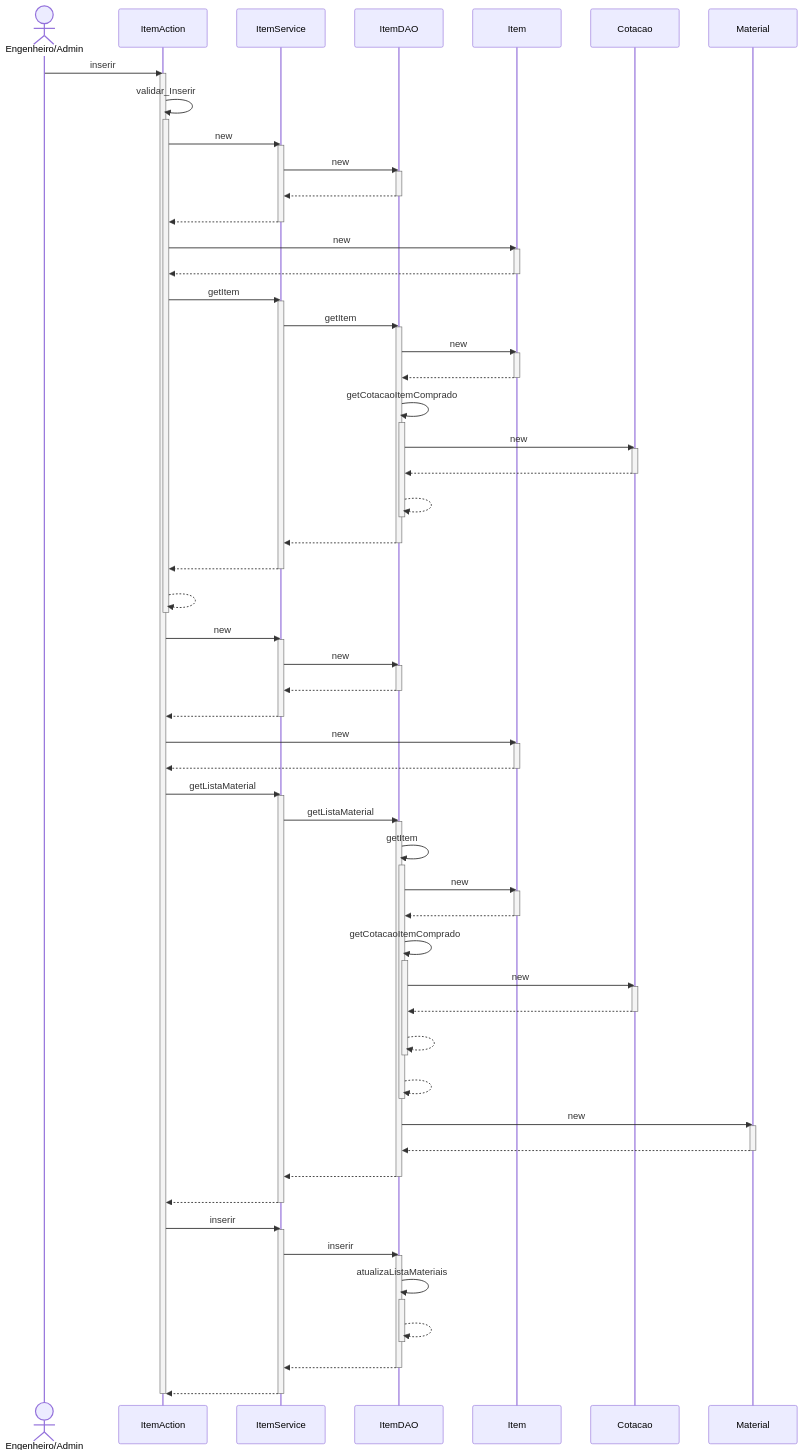
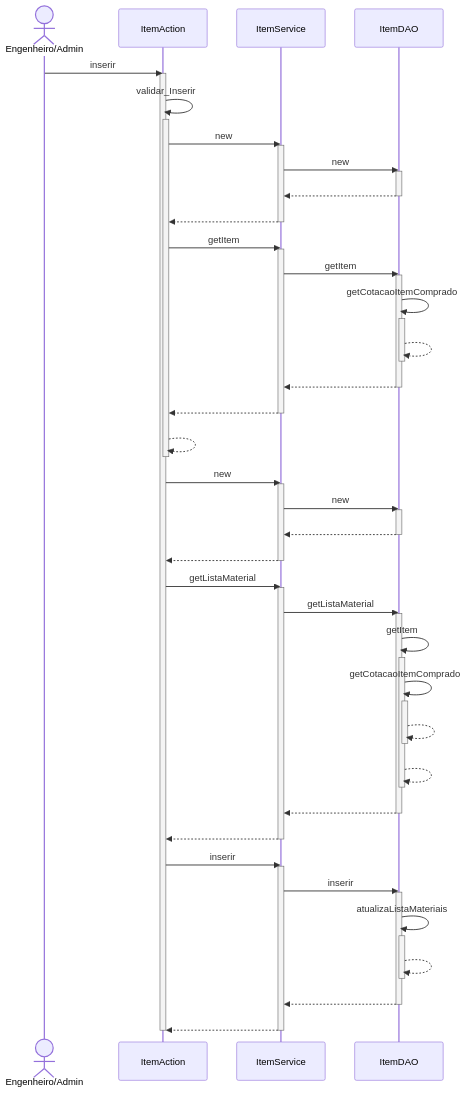
The diagram in DiagramaSequencia/Novo Diagrama Sequencia/Item/Novo Item.mmd (branqsMRP/SequenceDiagram), drawn with Mermaid before and after one commit. The commit also changed 6 other files, not shown here.

```diff
--- a/DiagramaSequencia/Novo Diagrama Sequencia/Item/Novo Item.mmd
+++ b/DiagramaSequencia/Novo Diagrama Sequencia/Item/Novo Item.mmd
@@ -1,93 +1,65 @@
 sequenceDiagram
 actor EA as Engenheiro/Admin
 EA ->> ItemAction : inserir
 activate ItemAction
 ItemAction ->> ItemAction : validar_Inserir
 activate ItemAction
 ItemAction ->> ItemService : new
 activate ItemService
 ItemService ->> ItemDAO : new
 activate ItemDAO
 ItemDAO -->> ItemService : #32; 
 deactivate ItemDAO
 ItemService -->> ItemAction : #32; 
 deactivate ItemService
-ItemAction ->> Item : new
-activate Item
-Item -->> ItemAction : #32; 
-deactivate Item
 ItemAction ->> ItemService : getItem
 activate ItemService
 ItemService ->> ItemDAO : getItem
 activate ItemDAO
-ItemDAO ->> Item : new
-activate Item
-Item -->> ItemDAO : #32; 
-deactivate Item
 ItemDAO ->> ItemDAO : getCotacaoItemComprado
 activate ItemDAO
-ItemDAO ->> Cotacao : new
-activate Cotacao
-Cotacao -->> ItemDAO : #32; 
-deactivate Cotacao
 ItemDAO -->> ItemDAO : #32; 
 deactivate ItemDAO
 ItemDAO -->> ItemService : #32; 
 deactivate ItemDAO
 ItemService -->> ItemAction : #32; 
 deactivate ItemService
 ItemAction -->> ItemAction : #32; 
 deactivate ItemAction
 ItemAction ->> ItemService : new
 activate ItemService
 ItemService ->> ItemDAO : new
 activate ItemDAO
 ItemDAO -->> ItemService : #32; 
 deactivate ItemDAO
 ItemService -->> ItemAction : #32; 
 deactivate ItemService
-ItemAction ->> Item : new
-activate Item
-Item -->> ItemAction : #32; 
-deactivate Item
 ItemAction ->> ItemService : getListaMaterial
 activate ItemService
 ItemService ->> ItemDAO : getListaMaterial
 activate ItemDAO
 ItemDAO ->> ItemDAO : getItem
 activate ItemDAO
-ItemDAO ->> Item : new
-activate Item
-Item -->> ItemDAO : #32; 
-deactivate Item
 ItemDAO ->> ItemDAO : getCotacaoItemComprado
 activate ItemDAO
-ItemDAO ->> Cotacao : new
-activate Cotacao
-Cotacao -->> ItemDAO : #32; 
-deactivate Cotacao
 ItemDAO -->> ItemDAO : #32; 
 deactivate ItemDAO
 ItemDAO -->> ItemDAO : #32; 
 deactivate ItemDAO
-ItemDAO ->> Material : new
-activate Material
-Material -->> ItemDAO : #32; 
-deactivate Material
 ItemDAO -->> ItemService : #32; 
 deactivate ItemDAO
 ItemService -->> ItemAction : #32; 
 deactivate ItemService
 ItemAction ->> ItemService : inserir
 activate ItemService
 ItemService ->> ItemDAO : inserir
 activate ItemDAO
 ItemDAO ->> ItemDAO : atualizaListaMateriais
 activate ItemDAO
 ItemDAO -->> ItemDAO : #32; 
 deactivate ItemDAO
 ItemDAO -->> ItemService : #32; 
 deactivate ItemDAO
 ItemService -->> ItemAction : #32; 
 deactivate ItemService
 deactivate ItemAction
```
